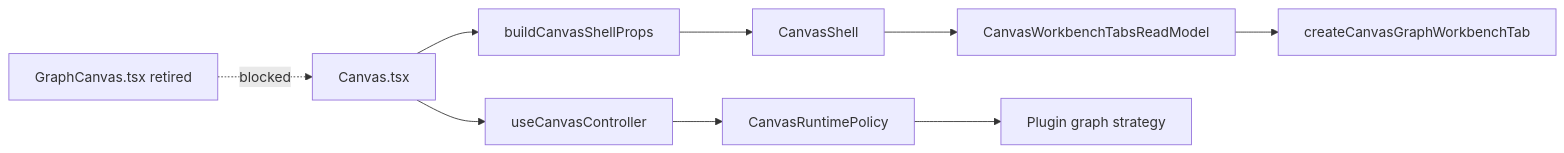
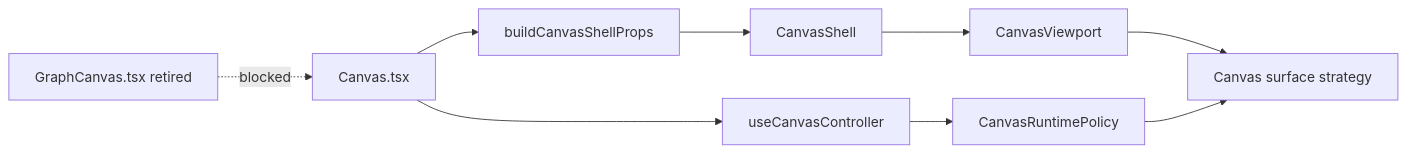
The second of 2 diagrams in docs/architecture/components/web/graph/canvas-legacy-retirement-component.md (dunay2/dvt), drawn with Mermaid before and after one commit. The commit also changed other lines of this file and 26 other files, not shown here.

Commit message:
refactor(web): Retire legacy Canvas workbench tabs

````diff
--- a/docs/architecture/components/web/graph/canvas-legacy-retirement-component.md
+++ b/docs/architecture/components/web/graph/canvas-legacy-retirement-component.md
@@ -72,11 +70,11 @@
 ```mermaid
 flowchart LR
   Retired["GraphCanvas.tsx retired"] -. blocked .-> Route["Canvas.tsx"]
   Route --> Controller["useCanvasController"]
   Route --> Props["buildCanvasShellProps"]
   Props --> Shell["CanvasShell"]
-  Shell --> TabModel["CanvasWorkbenchTabsReadModel"]
-  TabModel --> GraphTab["createCanvasGraphWorkbenchTab"]
+  Shell --> Viewport["CanvasViewport"]
+  Viewport --> Strategy["Canvas surface strategy"]
   Controller --> Runtime["CanvasRuntimePolicy"]
-  Runtime --> Strategy["Plugin graph strategy"]
+  Runtime --> Strategy
 ```
````
